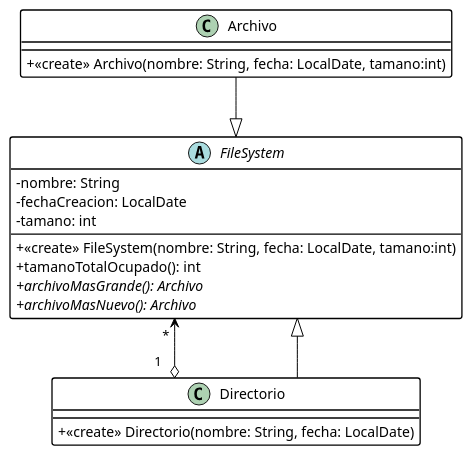
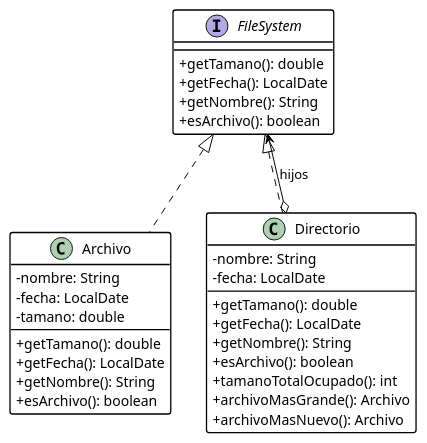
Before and after one commit to cd-paliv/oo2: the diagram in src/main/java/practica2/ejercicio3/uml.wsd, drawn with PlantUML. The commit also changed 9 other files, not shown here.

```diff
--- a/src/main/java/practica2/ejercicio3/uml.wsd
+++ b/src/main/java/practica2/ejercicio3/uml.wsd
@@ -1,34 +1,44 @@
 @startuml ej1
 skinparam ClassBackgroundColor transparent
 skinparam NoteBackgroundColor transparent
 skinparam classAttributeIconSize 0 
 skinparam ClassBorderThickness 1.3
 skinparam ClassBorderColor Black
 skinparam NoteBorderColor Black
 skinparam ArrowColor Black
 skinparam shadowing false
 
+interface FileSystem{
+    +getTamano(): double
+    +getFecha(): LocalDate
+    +getNombre(): String
+    +esArchivo(): boolean
+}
+
 class Archivo{
-    +<<create>> Archivo(nombre: String, fecha: LocalDate, tamano:int)
+    -nombre: String
+    -fecha: LocalDate
+    -tamano: double
+    +getTamano(): double
+    +getFecha(): LocalDate
+    +getNombre(): String
+    +esArchivo(): boolean
 }
 
 class Directorio{
-    +<<create>> Directorio(nombre: String, fecha: LocalDate)
+    -nombre: String
+    -fecha: LocalDate
+    +getTamano(): double
+    +getFecha(): LocalDate
+    +getNombre(): String
+    +esArchivo(): boolean
+    +tamanoTotalOcupado(): int
+    +archivoMasGrande(): Archivo
+    +archivoMasNuevo(): Archivo
 }
 
-abstract class FileSystem{
-    -nombre: String
-    -fechaCreacion: LocalDate
-    -tamano: int
-    +<<create>> FileSystem(nombre: String, fecha: LocalDate, tamano:int)
-    +tamanoTotalOcupado(): int
-    +{abstract} archivoMasGrande(): Archivo
-    +{abstract} archivoMasNuevo(): Archivo
-}
-skinparam linetype ortho
-FileSystem <|-u- Archivo
-FileSystem <|-- Directorio
-
-Directorio "1" o--> "*" FileSystem
+FileSystem <|.. Archivo
+FileSystem <|.. Directorio
+FileSystem <--o Directorio : hijos
 
 @enduml
```
